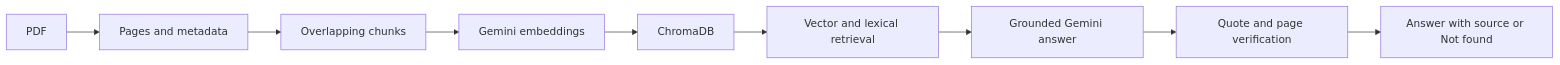
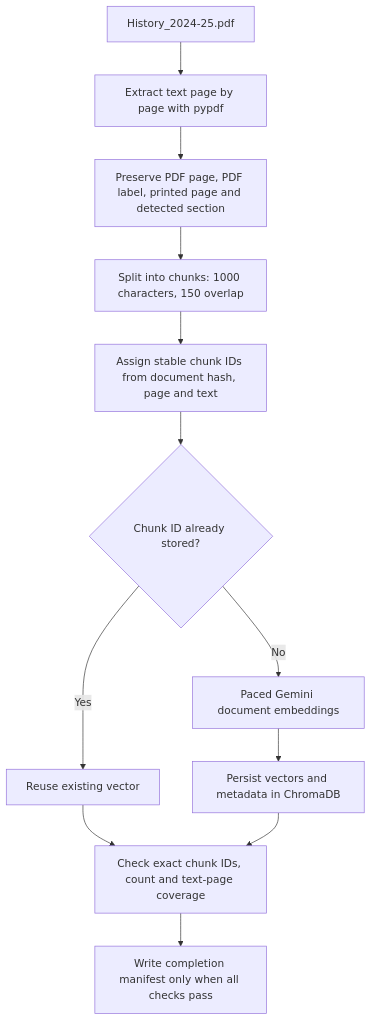
Before and after one commit to Stackforge-07/Orient-BlackSwan-History-Bot: the first of 2 diagrams in README.md, drawn with Mermaid. The commit also changed other lines of this file, not shown here.

Commit message:
docs: rewrite GitHub README with RAG flow, setup and verified results

````diff
--- a/README.md
+++ b/README.md
@@ -12,11 +15,14 @@
 ```mermaid
-flowchart LR
-    A[PDF] --> B[Pages and metadata]
-    B --> C[Overlapping chunks]
-    C --> D[Gemini embeddings]
-    D --> E[ChromaDB]
-    E --> F[Vector and lexical retrieval]
-    F --> G[Grounded Gemini answer]
-    G --> H[Quote and page verification]
-    H --> I[Answer with source or Not found]
+flowchart TD
+    A[History_2024-25.pdf] --> B[Extract text page by page with pypdf]
+    B --> C[Preserve PDF page, PDF label, printed page and detected section]
+    C --> D[Split into chunks: 1000 characters, 150 overlap]
+    D --> E[Assign stable chunk IDs from document hash, page and text]
+    E --> F{Chunk ID already stored?}
+    F -->|Yes| G[Reuse existing vector]
+    F -->|No| H[Paced Gemini document embeddings]
+    H --> I[Persist vectors and metadata in ChromaDB]
+    G --> J[Check exact chunk IDs, count and text-page coverage]
+    I --> J
+    J --> K[Write completion manifest only when all checks pass]
 ```
````
